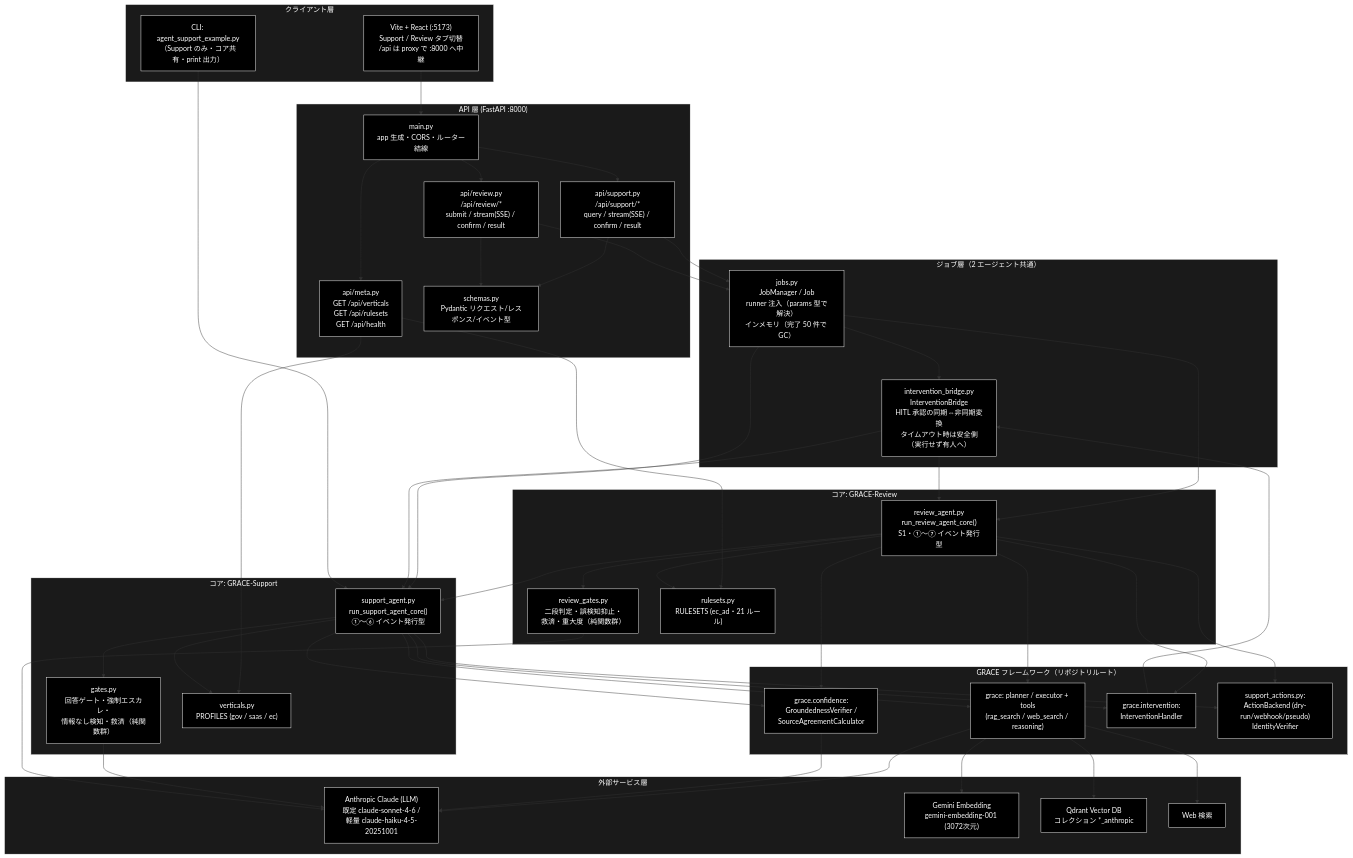
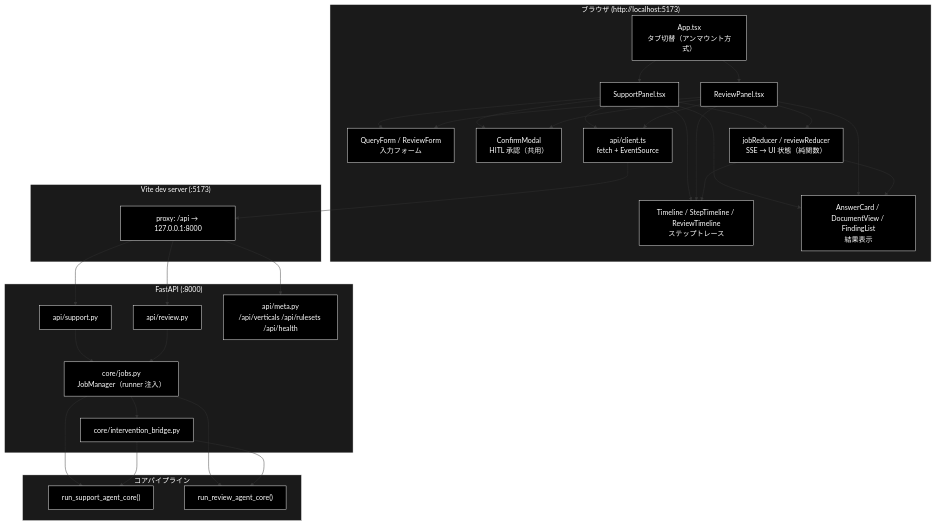
Before and after one commit to nakashima2toshio/grace_v2: the first of 5 diagrams in README.md, drawn with Mermaid. The commit also changed other lines of this file, not shown here.

First line of the commit message:
docs: README.md を run_dev.sh アプリの README として全面改訂

````diff
--- a/README.md
+++ b/README.md
@@ -124,94 +116,66 @@
 ```mermaid
 flowchart TB
-    subgraph CLIENT["クライアント層"]
-        REACT["Vite + React (:5173)<br>Support / Review タブ切替<br>/api は proxy で :8000 へ中継"]
-        CLI["CLI: agent_support_example.py<br>（Support のみ・コア共有・print 出力）"]
+    subgraph BROWSER["ブラウザ (http://localhost:5173)"]
+        APP["App.tsx<br>タブ切替（アンマウント方式）"]
+        SP["SupportPanel.tsx"]
+        RP["ReviewPanel.tsx"]
+        FORMS["QueryForm / ReviewForm<br>入力フォーム"]
+        TL["Timeline / StepTimeline / ReviewTimeline<br>ステップトレース"]
+        OUT["AnswerCard / DocumentView / FindingList<br>結果表示"]
+        MODAL["ConfirmModal<br>HITL 承認（共用）"]
+        RED["jobReducer / reviewReducer<br>SSE → UI 状態（純関数）"]
+        CLI["api/client.ts<br>fetch + EventSource"]
     end
 
-    subgraph APILAYER["API 層 (FastAPI :8000)"]
-        MAIN["main.py<br>app 生成・CORS・ルーター結線"]
-        SUPPORTAPI["api/support.py<br>/api/support/*<br>query / stream(SSE) / confirm / result"]
-        REVIEWAPI["api/review.py<br>/api/review/*<br>submit / stream(SSE) / confirm / result"]
-        META["api/meta.py<br>GET /api/verticals<br>GET /api/rulesets<br>GET /api/health"]
-        SCHEMAS["schemas.py<br>Pydantic リクエスト/レスポンス/イベント型"]
+    subgraph VITE["Vite dev server (:5173)"]
+        PROXY["proxy: /api → 127.0.0.1:8000"]
     end
 
-    subgraph JOBLAYER["ジョブ層（2 エージェント共通）"]
-        JOBS["jobs.py<br>JobManager / Job<br>runner 注入（params 型で解決）<br>インメモリ（完了 50 件で GC）"]
-        BRIDGE["intervention_bridge.py<br>InterventionBridge<br>HITL 承認の同期⇔非同期変換<br>タイムアウト時は安全側（実行せず有人へ）"]
+    subgraph API["FastAPI (:8000)"]
+        SAPI["api/support.py"]
+        RAPI["api/review.py"]
+        META["api/meta.py<br>/api/verticals /api/rulesets /api/health"]
+        JOBS["core/jobs.py<br>JobManager（runner 注入）"]
+        BRIDGE["core/intervention_bridge.py"]
     end
 
-    subgraph SUPPORTCORE["コア: GRACE-Support"]
-        AGENT["support_agent.py<br>run_support_agent_core()<br>①〜⑥ イベント発行型"]
-        GATES["gates.py<br>回答ゲート・強制エスカレ・<br>情報なし検知・救済（純関数群）"]
-        VERT["verticals.py<br>PROFILES (gov / saas / ec)"]
+    subgraph CORE["コアパイプライン"]
+        SAGENT["run_support_agent_core()"]
+        RAGENT["run_review_agent_core()"]
     end
 
-    subgraph REVIEWCORE["コア: GRACE-Review"]
-        RAGENT["review_agent.py<br>run_review_agent_core()<br>S1・①〜⑦ イベント発行型"]
-        RGATES["review_gates.py<br>二段判定・誤検知抑止・<br>救済・重大度（純関数群）"]
-        RULES["rulesets.py<br>RULESETS (ec_ad・21 ルール)"]
-    end
-
-    subgraph GRACEFW["GRACE フレームワーク（リポジトリルート）"]
-        PLANNER["grace: planner / executor + tools<br>(rag_search / web_search / reasoning)"]
-        VERIFIER["grace.confidence:<br>GroundednessVerifier /<br>SourceAgreementCalculator"]
-        HANDLER["grace.intervention:<br>InterventionHandler"]
-        ACTIONS["support_actions.py:<br>ActionBackend (dry-run/webhook/pseudo)<br>IdentityVerifier"]
-    end
-
-    subgraph EXTERNAL["外部サービス層"]
-        ANTHROPIC["Anthropic Claude (LLM)<br>既定 claude-sonnet-4-6 /<br>軽量 claude-haiku-4-5-20251001"]
-        GEMINI["Gemini Embedding<br>gemini-embedding-001 (3072次元)"]
-        QDRANT["Qdrant Vector DB<br>コレクション *_anthropic"]
-        WEB["Web 検索"]
-    end
-
-    REACT --> MAIN
-    MAIN --> SUPPORTAPI
-    MAIN --> REVIEWAPI
-    MAIN --> META
-    SUPPORTAPI --> SCHEMAS
-    REVIEWAPI --> SCHEMAS
-    SUPPORTAPI --> JOBS
-    REVIEWAPI --> JOBS
-    META --> VERT
-    META --> RULES
+    APP --> SP
+    APP --> RP
+    SP --> FORMS
+    RP --> FORMS
+    SP --> TL
+    RP --> TL
+    SP --> OUT
+    RP --> OUT
+    SP --> MODAL
+    RP --> MODAL
+    SP --> RED
+    RP --> RED
+    RED --> TL
+    RED --> OUT
+    SP --> CLI
+    RP --> CLI
+    CLI --> PROXY
+    PROXY --> SAPI
+    PROXY --> RAPI
+    PROXY --> META
+    SAPI --> JOBS
+    RAPI --> JOBS
     JOBS --> BRIDGE
-    JOBS --> AGENT
+    JOBS --> SAGENT
     JOBS --> RAGENT
-    BRIDGE --> AGENT
+    BRIDGE --> SAGENT
     BRIDGE --> RAGENT
-    CLI --> AGENT
-    AGENT --> GATES
-    AGENT --> VERT
-    RAGENT --> RGATES
-    RAGENT --> RULES
-    RAGENT --> AGENT
-    AGENT --> PLANNER
-    AGENT --> VERIFIER
-    AGENT --> HANDLER
-    AGENT --> ACTIONS
-    RAGENT --> PLANNER
-    RAGENT --> VERIFIER
-    RAGENT --> HANDLER
-    RAGENT --> ACTIONS
-    HANDLER --> BRIDGE
-    PLANNER --> ANTHROPIC
-    PLANNER --> GEMINI
-    PLANNER --> QDRANT
-    PLANNER --> WEB
-    VERIFIER --> ANTHROPIC
-    GATES --> ANTHROPIC
-    RGATES --> ANTHROPIC
 classDef default fill:#000,stroke:#fff,color:#fff
 classDef subgraphStyle fill:#1a1a1a,stroke:#fff,color:#fff
-class REACT,CLI,MAIN,SUPPORTAPI,REVIEWAPI,META,SCHEMAS,JOBS,BRIDGE,AGENT,GATES,VERT,RAGENT,RGATES,RULES,PLANNER,VERIFIER,HANDLER,ACTIONS,ANTHROPIC,GEMINI,QDRANT,WEB default
-style CLIENT fill:#1a1a1a,stroke:#fff,color:#fff
-style APILAYER fill:#1a1a1a,stroke:#fff,color:#fff
-style JOBLAYER fill:#1a1a1a,stroke:#fff,color:#fff
-style SUPPORTCORE fill:#1a1a1a,stroke:#fff,color:#fff
-style REVIEWCORE fill:#1a1a1a,stroke:#fff,color:#fff
-style GRACEFW fill:#1a1a1a,stroke:#fff,color:#fff
-style EXTERNAL fill:#1a1a1a,stroke:#fff,color:#fff
+class APP,SP,RP,FORMS,TL,OUT,MODAL,RED,CLI,PROXY,SAPI,RAPI,META,JOBS,BRIDGE,SAGENT,RAGENT default
+style BROWSER fill:#1a1a1a,stroke:#fff,color:#fff
+style VITE fill:#1a1a1a,stroke:#fff,color:#fff
+style API fill:#1a1a1a,stroke:#fff,color:#fff
+style CORE fill:#1a1a1a,stroke:#fff,color:#fff
 ```
````
